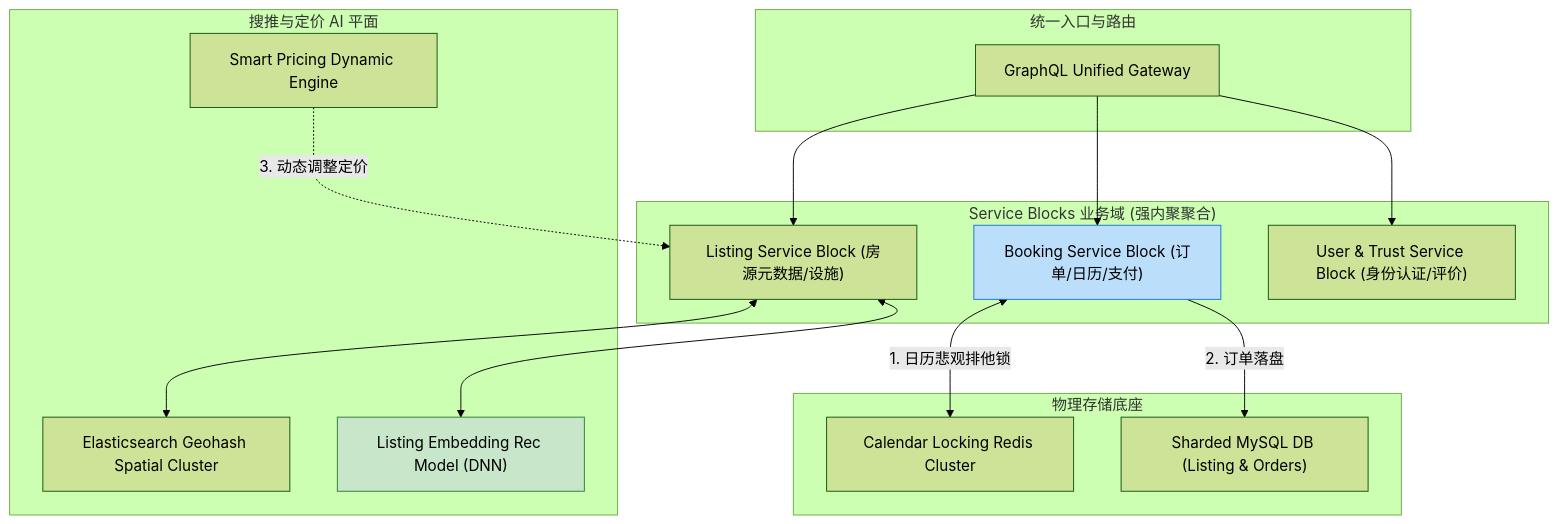
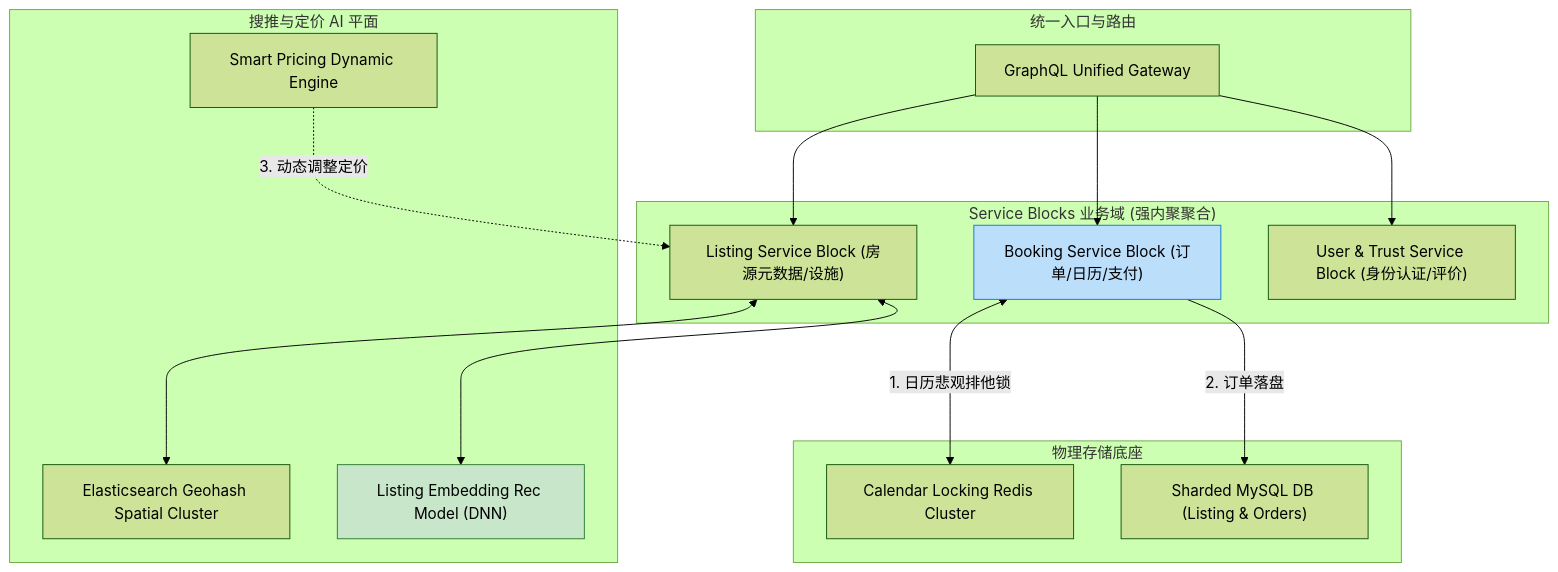
Before and after one commit to koosai/AI-Architect-Learning: the fourth of 6 diagrams in docs/atlas/airbnb.mdx, drawn with Mermaid (forest theme). The commit also changed other lines of this file and 68 other files, not shown here.

Commit message:
fix(atlas): fix browser client-side Mermaid rendering for mindmaps and flowcharts across 67 case studies

````diff
--- a/docs/atlas/airbnb.mdx
+++ b/docs/atlas/airbnb.mdx
@@ -123,35 +129,35 @@
 ```mermaid
 graph TB
   subgraph GatewayPlane["统一入口与路由"]
     UnifiedGateway["GraphQL Unified Gateway"]
   end
 
   subgraph ServiceBlocksDomain["Service Blocks 业务域 (强内聚聚合)"]
     ListingBlock["Listing Service Block (房源元数据/设施)"]
     BookingBlock["Booking Service Block (订单/日历/支付)"]
     UserBlock["User & Trust Service Block (身份认证/评价)"]
   end
 
   subgraph SearchAndAIEngine["搜推与定价 AI 平面"]
     ESGeohashCluster["Elasticsearch Geohash Spatial Cluster"]
     ListingEmbeddingModel["Listing Embedding Rec Model (DNN)"]
     SmartPricingEngine["Smart Pricing Dynamic Engine"]
   end
 
   subgraph StorageLayer["物理存储底座"]
     CalendarRedis["Calendar Locking Redis Cluster"]
     MainMySQL["Sharded MySQL DB (Listing & Orders)"]
   end
 
   UnifiedGateway --> ListingBlock & BookingBlock & UserBlock
 
-  ListingBlock <--> ESGeohashCluster
-  ListingBlock <--> ListingEmbeddingModel
-  BookingBlock <-->|1. 日历悲观排他锁| CalendarRedis
+  ListingBlock <---> ESGeohashCluster
+  ListingBlock <---> ListingEmbeddingModel
+  BookingBlock <--->|1. 日历悲观排他锁| CalendarRedis
   BookingBlock -->|2. 订单落盘| MainMySQL
   
   SmartPricingEngine -.->|3. 动态调整定价| ListingBlock
 
   style BookingBlock fill:#bbdefb,stroke:#1976d2
   style ListingEmbeddingModel fill:#c8e6c9,stroke:#2e7d32
 ```
````
